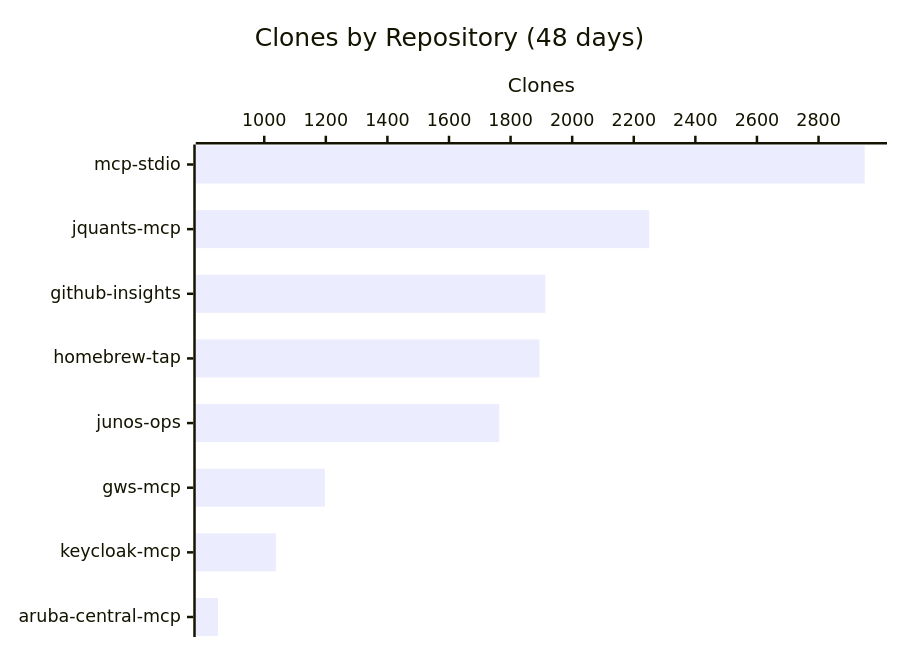
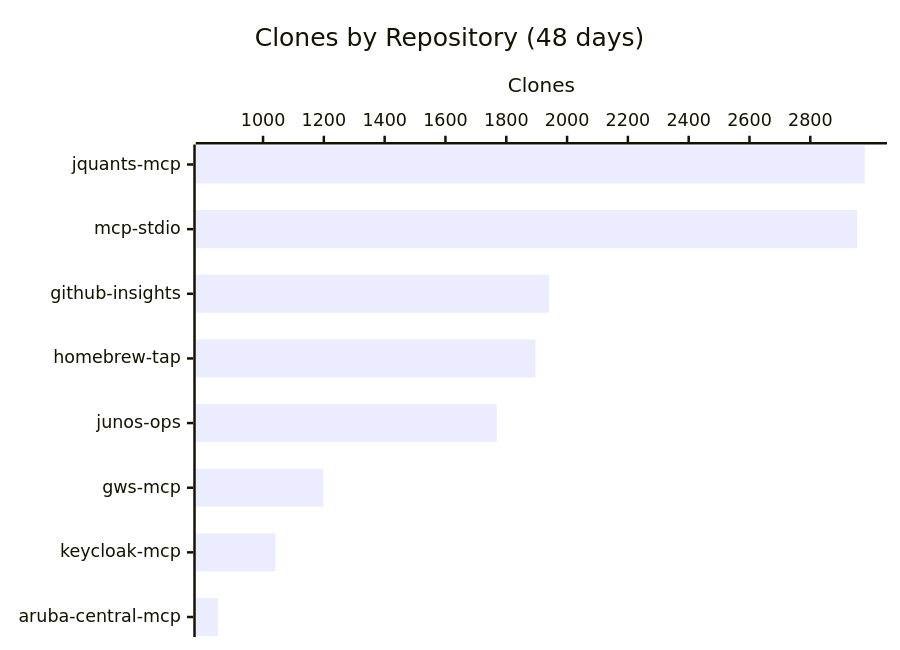
Before and after one commit to shigechika/github-insights: the third of 3 diagrams in README.md, drawn with Mermaid. The commit also changed other lines of this file and 2 other files, not shown here.

````diff
--- a/README.md
+++ b/README.md
@@ -38,7 +38,7 @@
 ```mermaid
 xychart-beta horizontal
     title "Clones by Repository (48 days)"
-    x-axis ["mcp-stdio", "jquants-mcp", "github-insights", "homebrew-tap", "junos-ops", "gws-mcp", "keycloak-mcp", "aruba-central-mcp"]
+    x-axis ["jquants-mcp", "mcp-stdio", "github-insights", "homebrew-tap", "junos-ops", "gws-mcp", "keycloak-mcp", "aruba-central-mcp"]
     y-axis "Clones"
-    bar [2950, 2250, 1913, 1894, 1763, 1197, 1038, 850]
+    bar [2979, 2954, 1941, 1896, 1769, 1198, 1041, 852]
 ```
````
